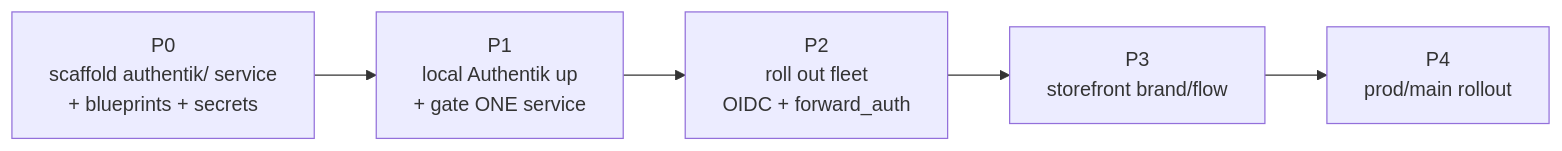
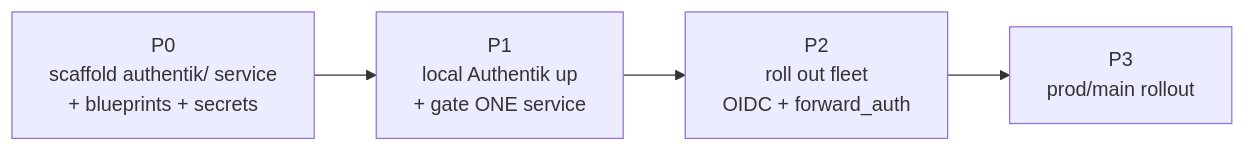
One commit to uhstray-io/agent-cloud changed the first of 2 diagrams in plan/archive/development/AUTH-SSO-DEPLOYMENT.md. Above: the diagram before and after it, drawn with Mermaid. The commit also changed other lines of this file and 29 other files, not shown here.

````diff
--- a/plan/archive/development/AUTH-SSO-DEPLOYMENT.md
+++ b/plan/archive/development/AUTH-SSO-DEPLOYMENT.md
@@ -29,7 +28,6 @@
 ```mermaid
 flowchart LR
   P0[P0<br/>scaffold authentik/ service<br/>+ blueprints + secrets] --> P1[P1<br/>local Authentik up<br/>+ gate ONE service]
   P1 --> P2[P2<br/>roll out fleet<br/>OIDC + forward_auth]
-  P2 --> P3[P3<br/>storefront brand/flow]
-  P3 --> P4[P4<br/>prod/main rollout]
+  P2 --> P3[P3<br/>prod/main rollout]
 ```
````
